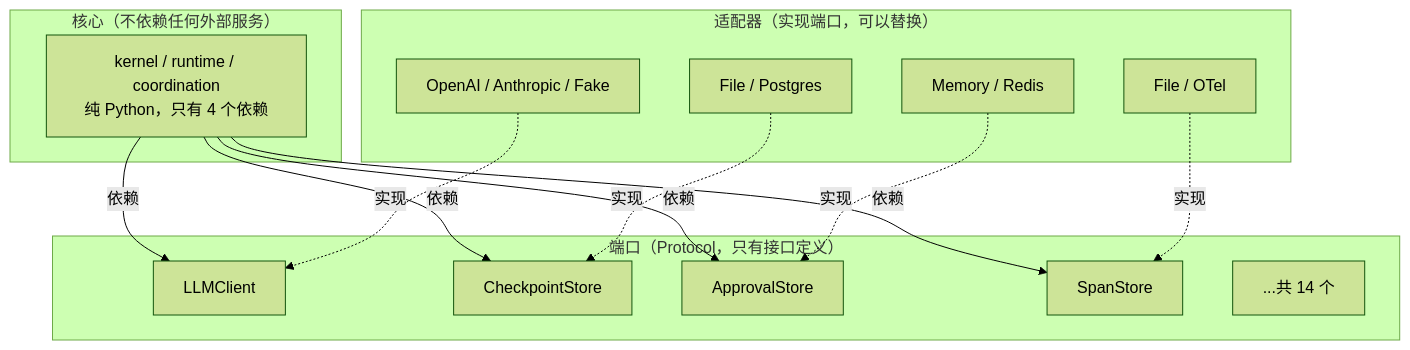
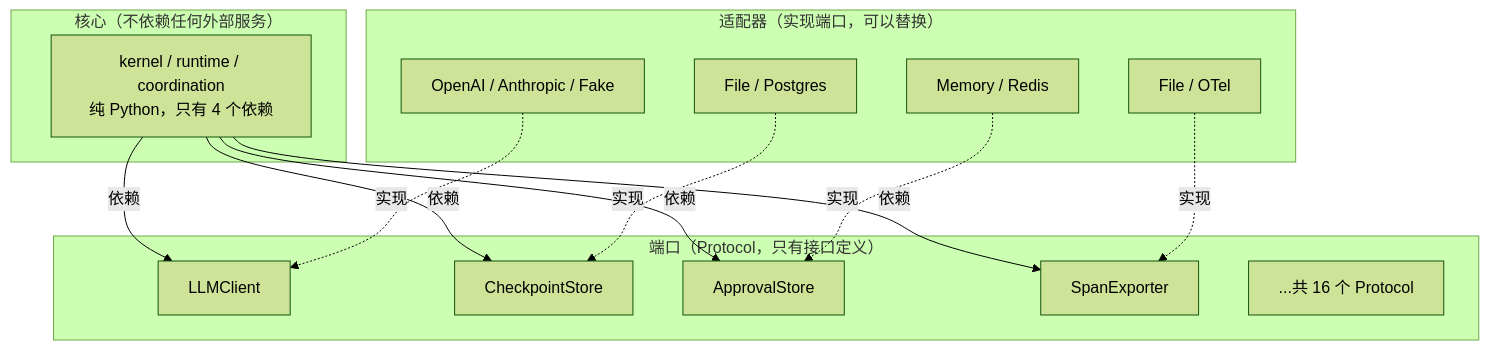
One commit to limenagent/prodagent changed the second of 2 diagrams in docs/tour/02-ports.md. Above: the diagram before and after it, drawn with Mermaid (forest theme). The commit also changed other lines of this file and 28 other files, not shown here.

````diff
--- a/docs/tour/02-ports.md
+++ b/docs/tour/02-ports.md
@@ -29,31 +29,27 @@
 ```mermaid
 graph TD
     subgraph "核心（不依赖任何外部服务）"
         K["kernel / runtime / coordination<br/>纯 Python，只有 4 个依赖"]
     end
-
     subgraph "端口（Protocol，只有接口定义）"
         P1["LLMClient"]
         P2["CheckpointStore"]
         P3["ApprovalStore"]
-        P4["SpanStore"]
-        P5["...共 14 个"]
+        P4["SpanExporter"]
+        P5["...共 16 个 Protocol"]
     end
-
     subgraph "适配器（实现端口，可以替换）"
         A1["OpenAI / Anthropic / Fake"]
         A2["File / Postgres"]
         A3["Memory / Redis"]
         A4["File / OTel"]
     end
-
     K -->|依赖| P1
     K -->|依赖| P2
     K -->|依赖| P3
     K -->|依赖| P4
-
     A1 -.->|实现| P1
     A2 -.->|实现| P2
     A3 -.->|实现| P3
     A4 -.->|实现| P4
 ```
````
